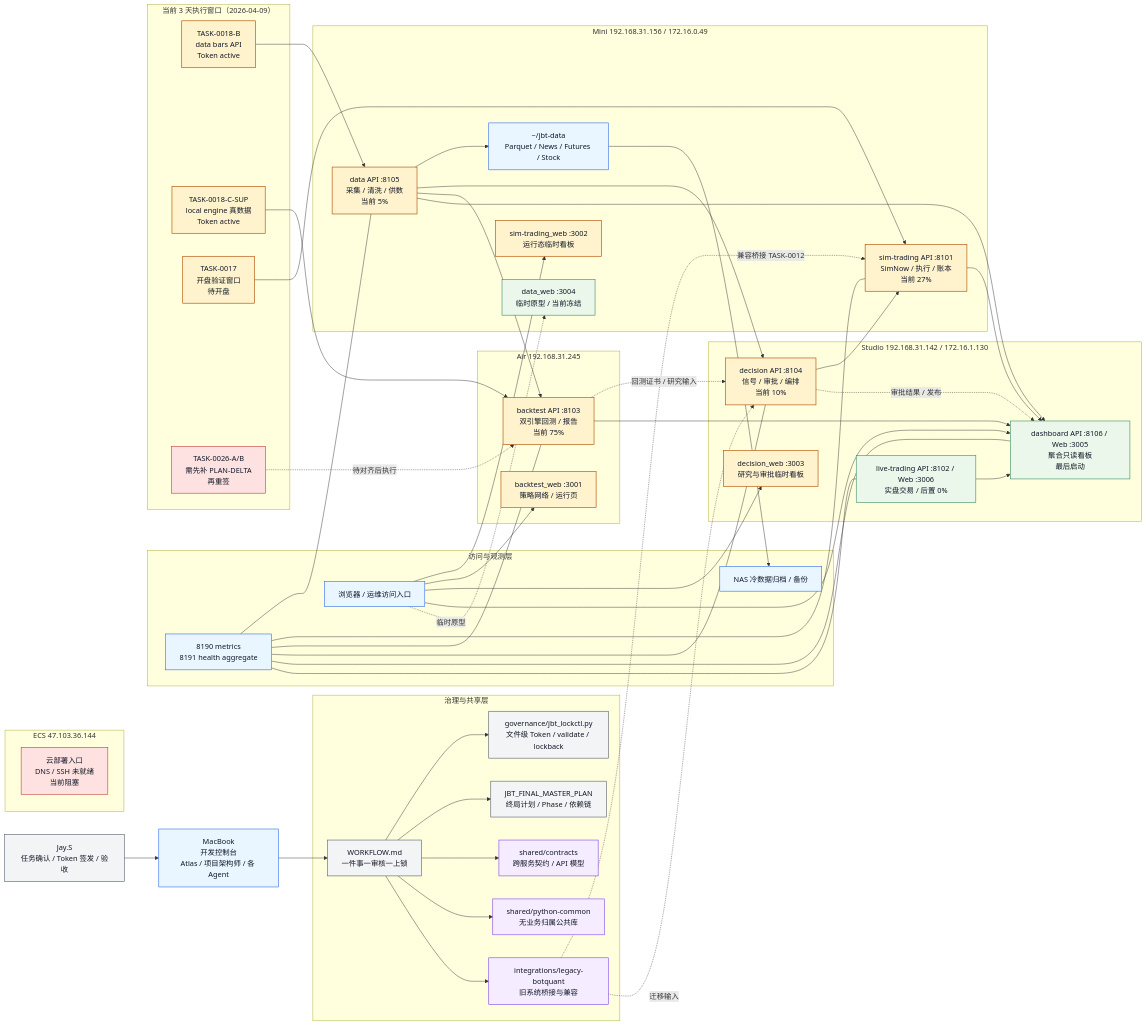
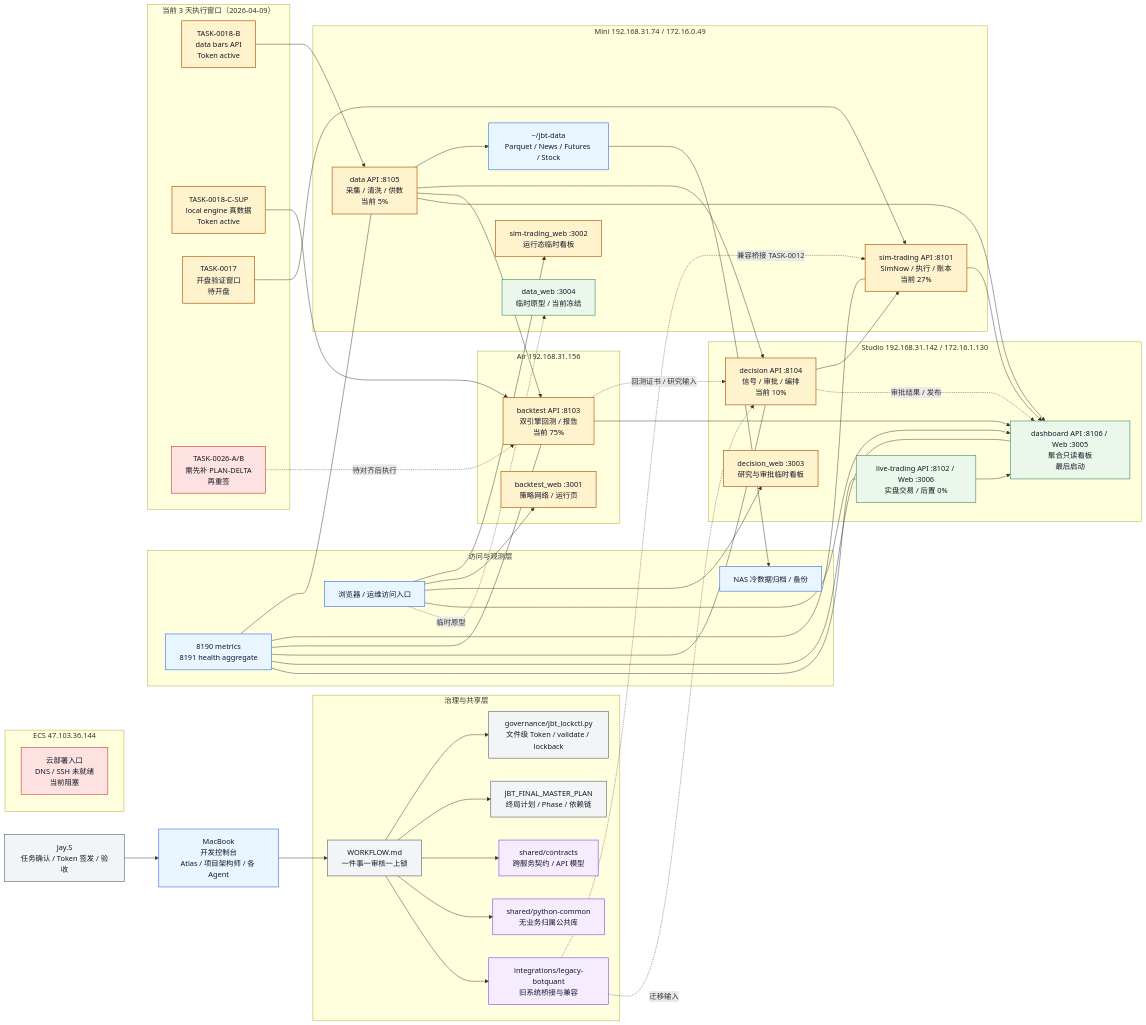
Before and after one commit to jayshao2046-droid/JBT: the diagram in docs/references/架构图/JBT-项目完整架构图-20260409.md, drawn with Mermaid. The commit also changed 193 other files, not shown here.

First line of the commit message:
chore: 全局更新 Mini IP 156→74，Air IP 245/153→156

```diff
--- a/docs/references/架构图/JBT-项目完整架构图-20260409.md
+++ b/docs/references/架构图/JBT-项目完整架构图-20260409.md
@@ -26,7 +26,7 @@
     Legacy["integrations/legacy-botquant<br/>旧系统桥接与兼容"]:::shared
   end
 
-  subgraph MINI["Mini 192.168.31.156 / 172.16.0.49"]
+  subgraph MINI["Mini 192.168.31.74 / 172.16.0.49"]
     Data["data API :8105<br/>采集 / 清洗 / 供数<br/>当前 5%"]:::active
     DataWeb["data_web :3004<br/>临时原型 / 当前冻结"]:::planned
     Sim["sim-trading API :8101<br/>SimNow / 执行 / 账本<br/>当前 27%"]:::active
@@ -34,7 +34,7 @@
     JBTData["~/jbt-data<br/>Parquet / News / Futures / Stock"]:::infra
   end
 
-  subgraph AIR["Air 192.168.31.245"]
+  subgraph AIR["Air 192.168.31.156"]
     Back["backtest API :8103<br/>双引擎回测 / 报告<br/>当前 75%"]:::active
     BackWeb["backtest_web :3001<br/>策略网络 / 运行页"]:::active
   end
```
